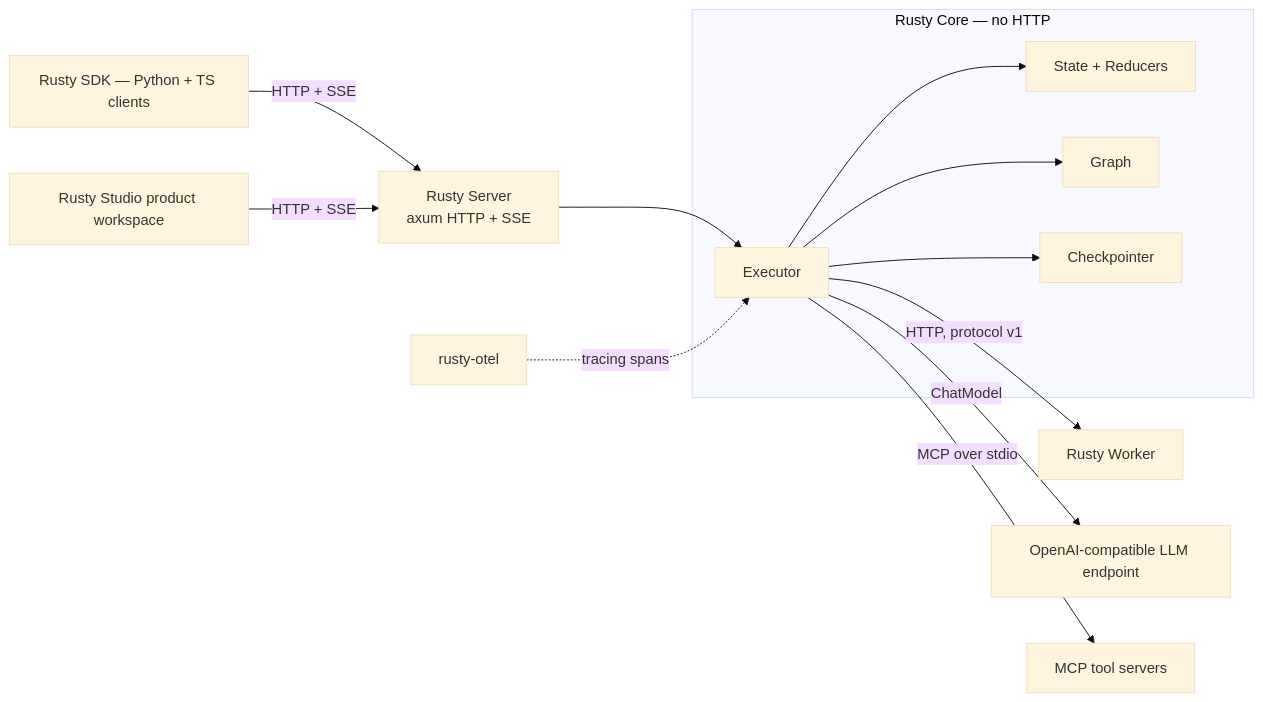
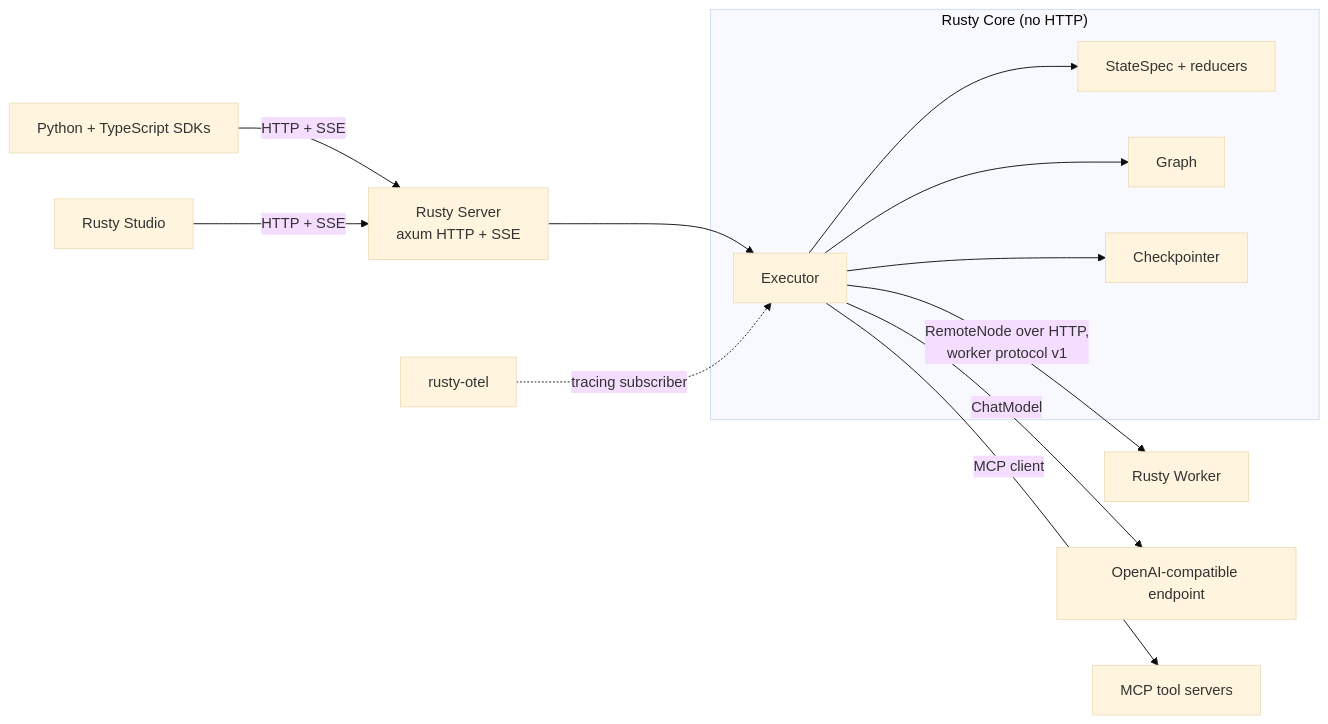
One commit to dev-amjad-shaikh/aboutrusty-site changed the first of 2 diagrams in aboutrusty/guide/02-mental-model.md. Above: the diagram before and after it, drawn with Mermaid (base theme). The commit also changed other lines of this file and 9 other files, not shown here.

````diff
--- a/aboutrusty/guide/02-mental-model.md
+++ b/aboutrusty/guide/02-mental-model.md
@@ -15,15 +15,15 @@
 ```mermaid
 flowchart LR
-    subgraph core["Rusty Core — no HTTP"]
-        E["Executor"] --> S["State + Reducers"]
+    subgraph core["Rusty Core (no HTTP)"]
+        E["Executor"] --> S["StateSpec + reducers"]
         E --> G["Graph"]
         E --> C["Checkpointer"]
     end
     SRV["Rusty Server<br>axum HTTP + SSE"] --> E
-    E -->|"HTTP, protocol v1"| WRK["Rusty Worker"]
-    OTL["rusty-otel"] -.->|"tracing spans"| E
-    SDK["Rusty SDK — Python + TS clients"] -->|"HTTP + SSE"| SRV
-    STU["Rusty Studio product workspace"] -->|"HTTP + SSE"| SRV
-    E -->|"ChatModel"| LLM["OpenAI-compatible LLM endpoint"]
-    E -->|"MCP over stdio"| MCP["MCP tool servers"]
+    E -->|"RemoteNode over HTTP,<br>worker protocol v1"| WRK["Rusty Worker"]
+    OTL["rusty-otel"] -.->|"tracing subscriber"| E
+    SDK["Python + TypeScript SDKs"] -->|"HTTP + SSE"| SRV
+    STU["Rusty Studio"] -->|"HTTP + SSE"| SRV
+    E -->|"ChatModel"| LLM["OpenAI-compatible endpoint"]
+    E -->|"MCP client"| MCP["MCP tool servers"]
 ```
````
